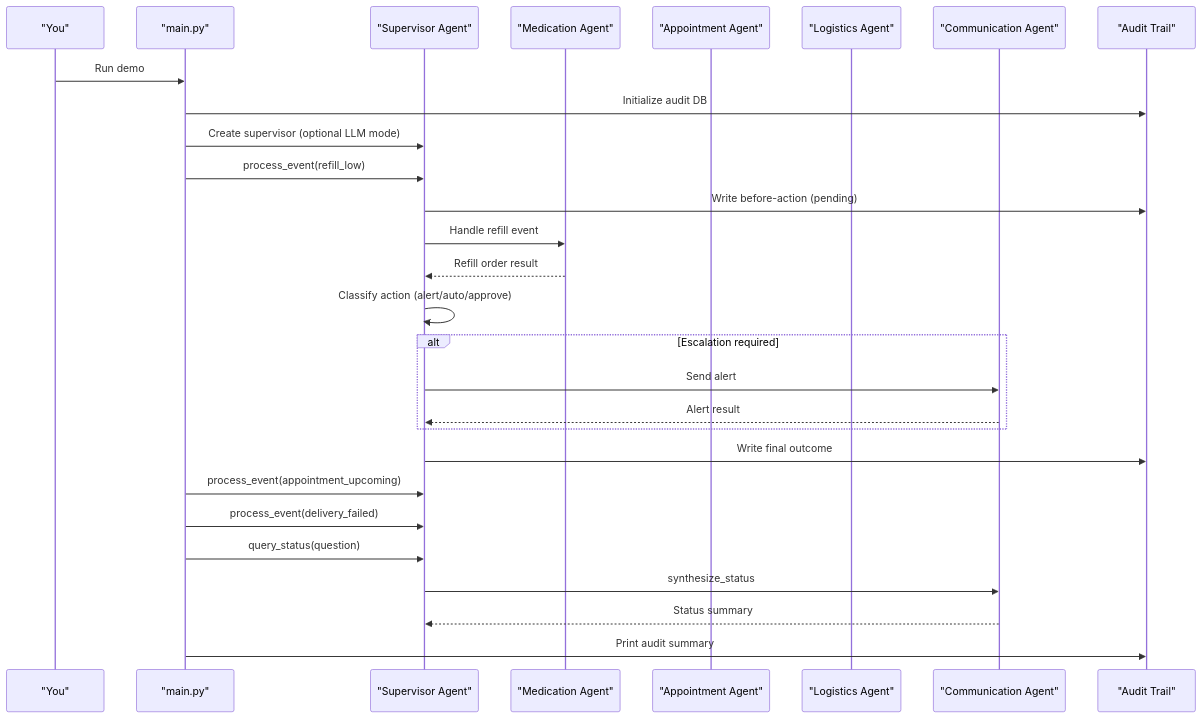
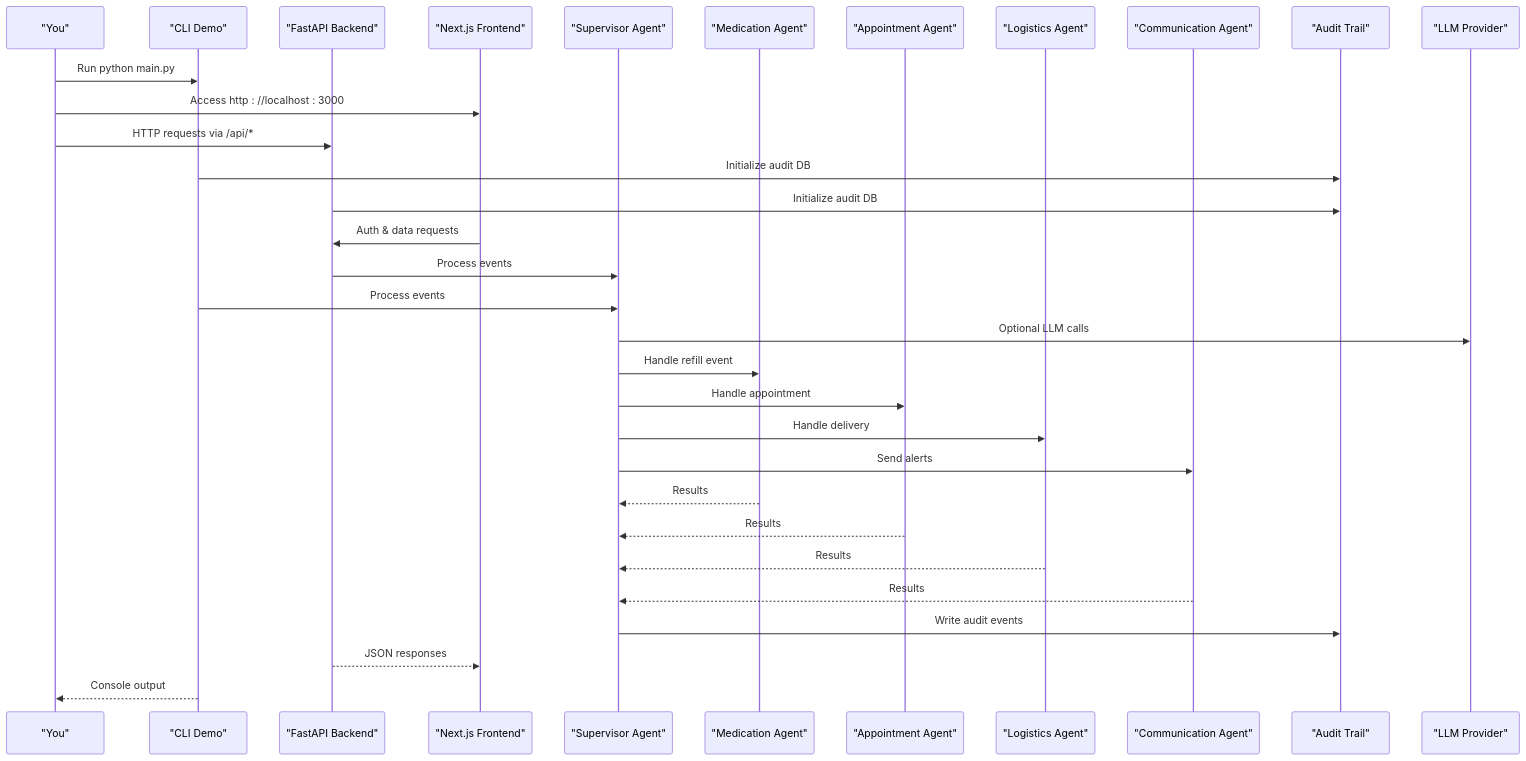
One commit to infamous-rebel/CareBridge changed the second of 3 diagrams in .qoder/repowiki/en/content/Getting Started.md. Above: the diagram before and after it, drawn with Mermaid. The commit also changed other lines of this file and 12 other files, not shown here.

Commit message:
Fix: auto-onboard Firebase users, real chat wiring, honest quick-action toasts

````diff
--- a/.qoder/repowiki/en/content/Getting Started.md
+++ b/.qoder/repowiki/en/content/Getting Started.md
@@ -83,30 +117,34 @@
 ```mermaid
 sequenceDiagram
 participant User as "You"
-participant Main as "main.py"
+participant CLI as "CLI Demo"
+participant API as "FastAPI Backend"
+participant UI as "Next.js Frontend"
 participant Sup as "Supervisor Agent"
 participant Med as "Medication Agent"
 participant Apt as "Appointment Agent"
 participant Log as "Logistics Agent"
 participant Com as "Communication Agent"
 participant Aud as "Audit Trail"
-User->>Main : Run demo
-Main->>Aud : Initialize audit DB
-Main->>Sup : Create supervisor (optional LLM mode)
-Main->>Sup : process_event(refill_low)
-Sup->>Aud : Write before-action (pending)
+participant LLM as "LLM Provider"
+User->>CLI : Run python main.py
+User->>UI : Access http : //localhost : 3000
+User->>API : HTTP requests via /api/*
+CLI->>Aud : Initialize audit DB
+API->>Aud : Initialize audit DB
+UI->>API : Auth & data requests
+API->>Sup : Process events
+CLI->>Sup : Process events
+Sup->>LLM : Optional LLM calls
 Sup->>Med : Handle refill event
-Med-->>Sup : Refill order result
-Sup->>Sup : Classify action (alert/auto/approve)
-alt Escalation required
-Sup->>Com : Send alert
-Com-->>Sup : Alert result
-end
-Sup->>Aud : Write final outcome
-Main->>Sup : process_event(appointment_upcoming)
-Main->>Sup : process_event(delivery_failed)
-Main->>Sup : query_status(question)
-Sup->>Com : synthesize_status
-Com-->>Sup : Status summary
-Main->>Aud : Print audit summary
+Sup->>Apt : Handle appointment
+Sup->>Log : Handle delivery
+Sup->>Com : Send alerts
+Med-->>Sup : Results
+Apt-->>Sup : Results
+Log-->>Sup : Results
+Com-->>Sup : Results
+Sup->>Aud : Write audit events
+API-->>UI : JSON responses
+CLI-->>User : Console output
 ```
````
